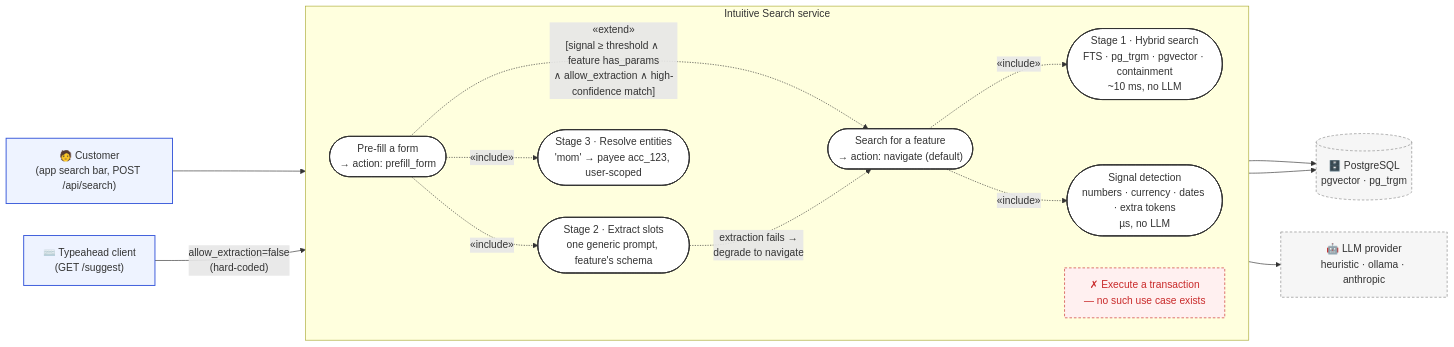
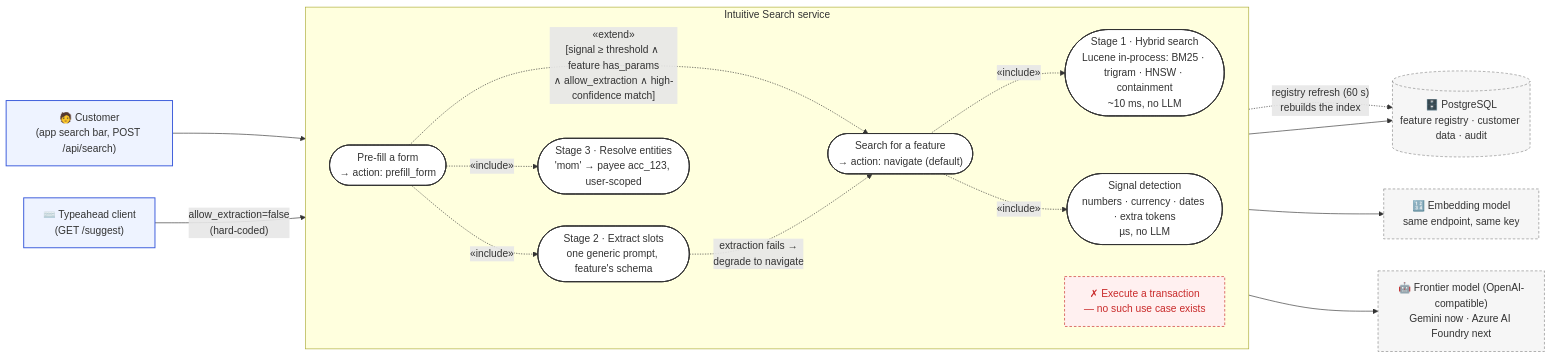
One commit to zacky-dzacky/intuitive-search changed the diagram in stakeholder-presentation.md. Above: the diagram before and after it, drawn with Mermaid. The commit also changed other lines of this file and 73 other files, not shown here.

First line of the commit message:
Refactor embedding service: remove unused files and switch to Lucene

````diff
--- a/stakeholder-presentation.md
+++ b/stakeholder-presentation.md
@@ -50,42 +50,44 @@
 ```mermaid
 flowchart LR
     Customer["🧑 Customer\n(app search bar, POST /api/search)"]
     Typeahead["⌨️ Typeahead client\n(GET /suggest)"]
 
     subgraph System["Intuitive Search service"]
         direction LR
         UC_search(["Search for a feature\n→ action: navigate (default)"])
-        UC_stage1(["Stage 1 · Hybrid search\nFTS · pg_trgm · pgvector · containment\n~10 ms, no LLM"])
+        UC_stage1(["Stage 1 · Hybrid search\nLucene in-process: BM25 · trigram · HNSW · containment\n~10 ms, no LLM"])
         UC_signal(["Signal detection\nnumbers · currency · dates · extra tokens\nµs, no LLM"])
         UC_prefill(["Pre-fill a form\n→ action: prefill_form"])
         UC_stage2(["Stage 2 · Extract slots\none generic prompt, feature's schema"])
         UC_stage3(["Stage 3 · Resolve entities\n'mom' → payee acc_123, user-scoped"])
         NoExec["✗ Execute a transaction\n— no such use case exists"]
     end
 
-    Postgres[("🗄️ PostgreSQL\npgvector · pg_trgm")]
-    LLM["🤖 LLM provider\nheuristic · ollama · anthropic"]
+    Postgres[("🗄️ PostgreSQL\nfeature registry · customer data · audit")]
+    LLM["🤖 Frontier model (OpenAI-compatible)\nGemini now · Azure AI Foundry next"]
+    Emb["🔢 Embedding model\nsame endpoint, same key"]
 
     Customer --> UC_search
     Typeahead -- "allow_extraction=false\n(hard-coded)" --> UC_search
 
     UC_search -. "«include»" .-> UC_stage1
     UC_search -. "«include»" .-> UC_signal
     UC_prefill -. "«extend»\n[signal ≥ threshold ∧ feature has_params\n∧ allow_extraction ∧ high-confidence match]" .-> UC_search
     UC_prefill -. "«include»" .-> UC_stage2
     UC_prefill -. "«include»" .-> UC_stage3
     UC_stage2 -. "extraction fails →\ndegrade to navigate" .-> UC_search
 
-    UC_stage1 --> Postgres
+    UC_stage1 -. "registry refresh (60 s)\nrebuilds the index" .-> Postgres
+    UC_stage1 --> Emb
     UC_stage3 --> Postgres
     UC_stage2 --> LLM
 
     classDef actor fill:#eef3ff,stroke:#3b5bdb,stroke-width:1.5px
     classDef usecase fill:#ffffff,stroke:#333,stroke-width:1.5px
     classDef ext fill:#f6f6f6,stroke:#888,stroke-dasharray:4 3
     classDef forbidden fill:#fff0f0,stroke:#c92a2a,stroke-dasharray:4 3,color:#c92a2a
     class Customer,Typeahead actor
     class UC_search,UC_stage1,UC_signal,UC_prefill,UC_stage2,UC_stage3 usecase
-    class Postgres,LLM ext
+    class Postgres,LLM,Emb ext
     class NoExec forbidden
 ```
````
